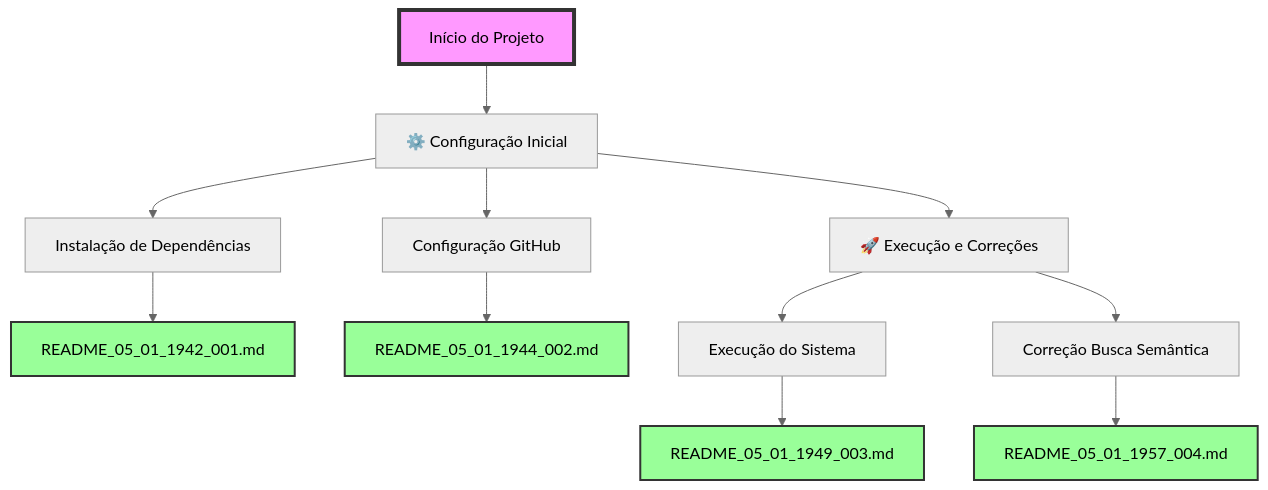
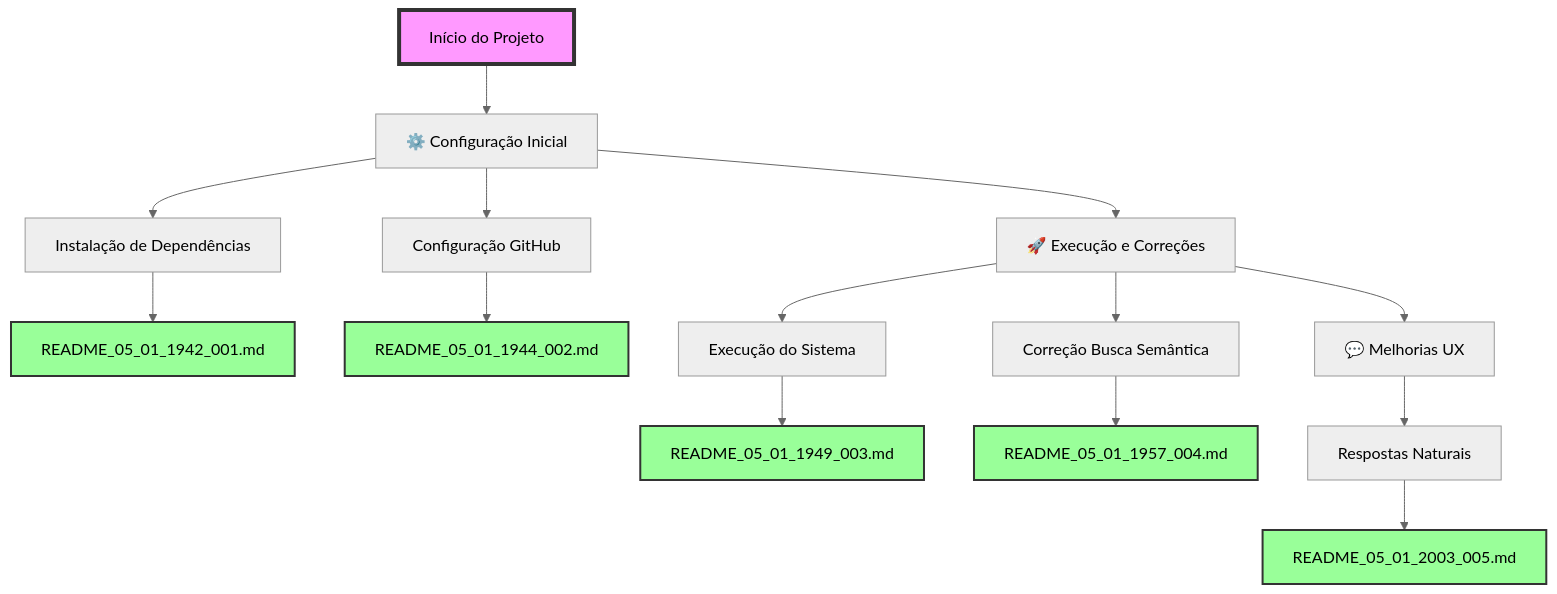
Before and after one commit to estival9999/auralis: the diagram in FLUXOGRAMA.md, drawn with Mermaid (neutral theme). The commit also changed other lines of this file and 3 other files, not shown here.

First line of the commit message:
[UX] Implementação de respostas naturais e concisas

````diff
--- a/FLUXOGRAMA.md
+++ b/FLUXOGRAMA.md
@@ -13,20 +13,25 @@
 ```mermaid
 flowchart TD
     A[Início do Projeto] --> A1[⚙️ Configuração Inicial]
     A1 --> A1_1[Instalação de Dependências]
     A1_1 --> README1[README_05_01_1942_001.md]
     A1 --> A1_2[Configuração GitHub]
     A1_2 --> README2[README_05_01_1944_002.md]
     
     A1 --> A2[🚀 Execução e Correções]
     A2 --> A2_1[Execução do Sistema]
     A2_1 --> README3[README_05_01_1949_003.md]
     A2 --> A2_2[Correção Busca Semântica]
     A2_2 --> README4[README_05_01_1957_004.md]
     
+    A2 --> A3[💬 Melhorias UX]
+    A3 --> A3_1[Respostas Naturais]
+    A3_1 --> README5[README_05_01_2003_005.md]
+    
     style A fill:#f9f,stroke:#333,stroke-width:4px
     style README1 fill:#9f9,stroke:#333,stroke-width:2px
     style README2 fill:#9f9,stroke:#333,stroke-width:2px
     style README3 fill:#9f9,stroke:#333,stroke-width:2px
     style README4 fill:#9f9,stroke:#333,stroke-width:2px
+    style README5 fill:#9f9,stroke:#333,stroke-width:2px
 ```
````
